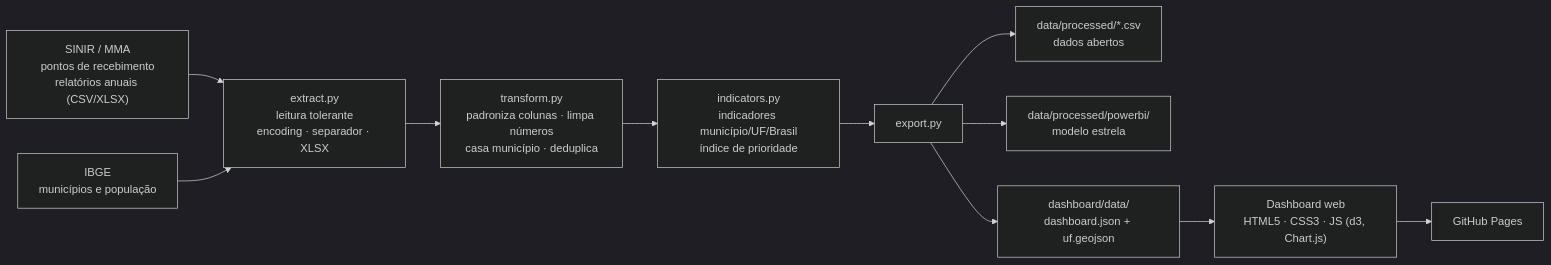
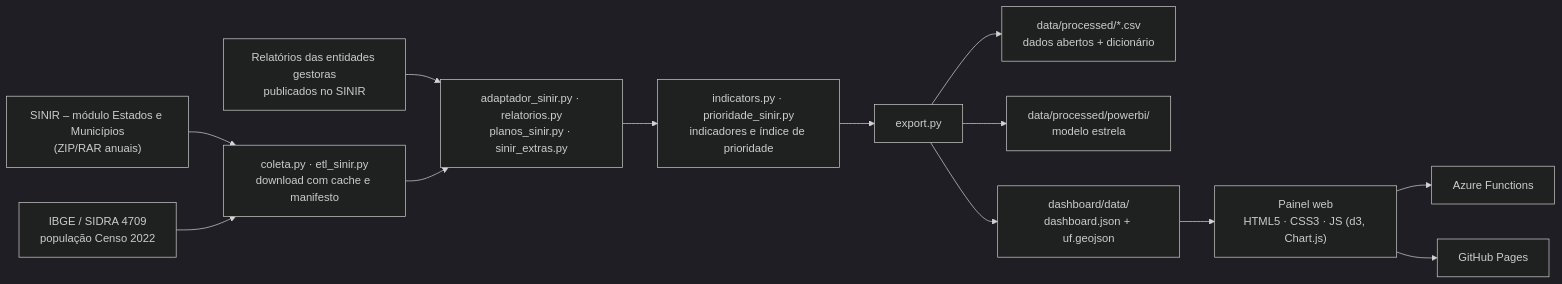
Before and after one commit to lzphellipe/reee-sinir-dashboard: the diagram in docs/02_metodologia.md, drawn with Mermaid (dark theme). The commit also changed other lines of this file and 19 other files, not shown here.

Commit message:
Simulador com o índice SINIR, remove o questionário de avaliação (objetivo IV), atualiza README e docs/ e deixa o teste de massa zero independente do CSV.

````diff
--- a/docs/02_metodologia.md
+++ b/docs/02_metodologia.md
@@ -5,13 +13,15 @@
 ```mermaid
 flowchart LR
-  A["SINIR / MMA<br/>pontos de recebimento<br/>relatórios anuais (CSV/XLSX)"] --> E
-  B["IBGE<br/>municípios e população"] --> E
-  E["extract.py<br/>leitura tolerante<br/>encoding · separador · XLSX"] --> T
-  T["transform.py<br/>padroniza colunas · limpa números<br/>casa município · deduplica"] --> I
-  I["indicators.py<br/>indicadores município/UF/Brasil<br/>índice de prioridade"] --> L
-  L["export.py"] --> P["data/processed/*.csv<br/>dados abertos"]
+  A["SINIR – módulo Estados e Municípios<br/>(ZIP/RAR anuais)"] --> C
+  R["Relatórios das entidades gestoras<br/>publicados no SINIR"] --> T
+  B["IBGE / SIDRA 4709<br/>população Censo 2022"] --> C
+  C["coleta.py · etl_sinir.py<br/>download com cache e manifesto"] --> T
+  T["adaptador_sinir.py · relatorios.py<br/>planos_sinir.py · sinir_extras.py"] --> I
+  I["indicators.py · prioridade_sinir.py<br/>indicadores e índice de prioridade"] --> L
+  L["export.py"] --> P["data/processed/*.csv<br/>dados abertos + dicionário"]
   L --> PB["data/processed/powerbi/<br/>modelo estrela"]
   L --> J["dashboard/data/<br/>dashboard.json + uf.geojson"]
-  J --> W["Dashboard web<br/>HTML5 · CSS3 · JS (d3, Chart.js)"]
+  J --> W["Painel web<br/>HTML5 · CSS3 · JS (d3, Chart.js)"]
+  W --> AZ["Azure Functions"]
   W --> GH["GitHub Pages"]
 ```
````
